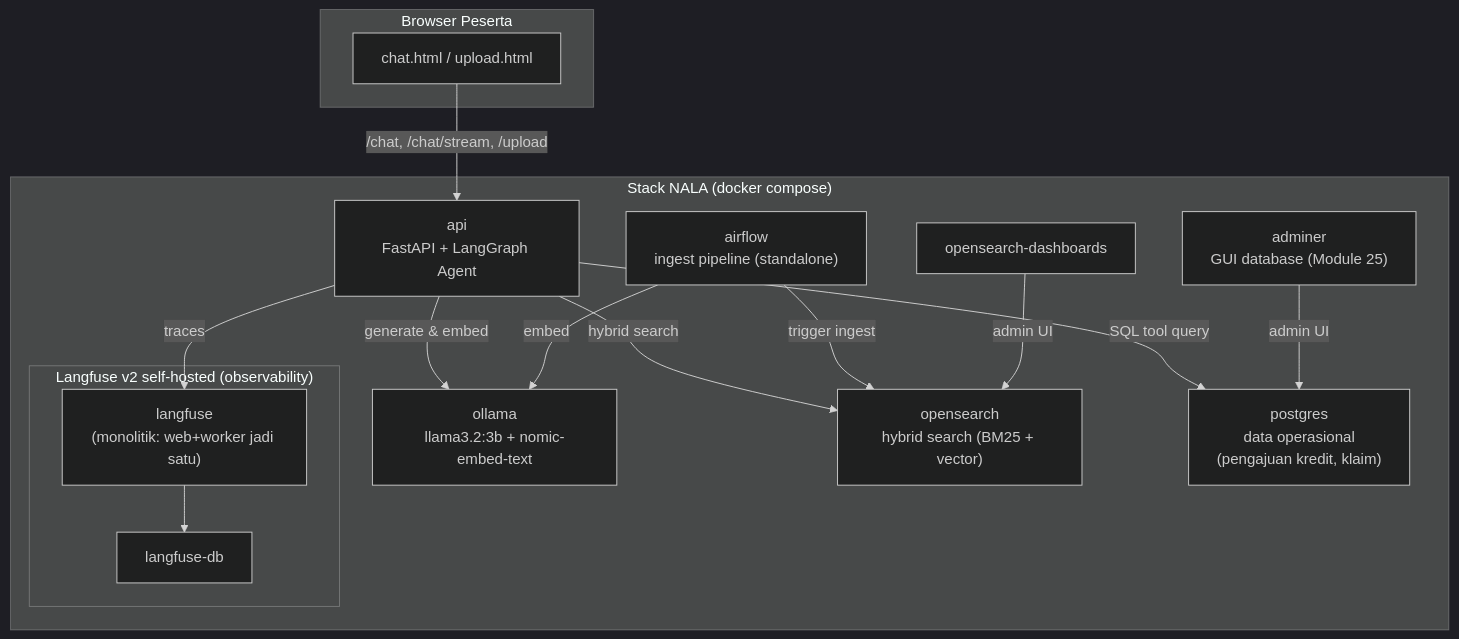
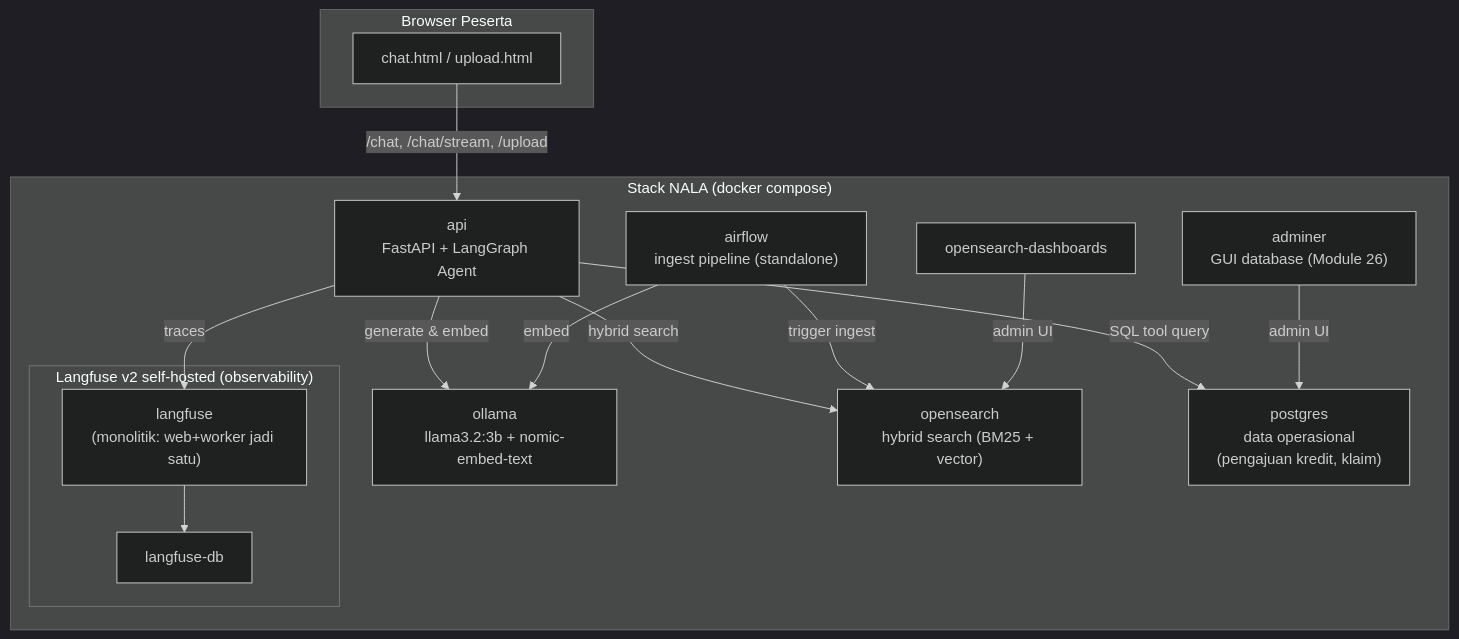
Before and after one commit to githubna-ilham/nala_ai: the second of 2 diagrams in Module-27-Full-Stack-Deployment/materi.md, drawn with Mermaid (dark theme). The commit also changed other lines of this file and 1 other file, not shown here.

Commit message:
Module 27-28 (dulu 26-27): perbaiki H1 title dan semua cross-reference nomor modul setelah pemisahan Module 12/13

````diff
--- a/Module-27-Full-Stack-Deployment/materi.md
+++ b/Module-27-Full-Stack-Deployment/materi.md
@@ -46,33 +46,33 @@
 ```mermaid
 flowchart TB
     subgraph Client["Browser Peserta"]
         UI["chat.html / upload.html"]
     end
 
     subgraph NALA["Stack NALA (docker compose)"]
         API["api<br/>FastAPI + LangGraph Agent"]
         Ollama["ollama<br/>llama3.2:3b + nomic-embed-text"]
         OS["opensearch<br/>hybrid search (BM25 + vector)"]
         OSD["opensearch-dashboards"]
         AF["airflow<br/>ingest pipeline (standalone)"]
         PG["postgres<br/>data operasional<br/>(pengajuan kredit, klaim)"]
 
-        Adminer["adminer<br/>GUI database (Module 25)"]
+        Adminer["adminer<br/>GUI database (Module 26)"]
 
         subgraph LF["Langfuse v2 self-hosted (observability)"]
             LFWeb["langfuse<br/>(monolitik: web+worker jadi satu)"]
             LFPG["langfuse-db"]
         end
     end
 
     UI -->|"/chat, /chat/stream, /upload"| API
     API -->|generate & embed| Ollama
     API -->|hybrid search| OS
     API -->|SQL tool query| PG
     API -->|traces| LFWeb
     AF -->|trigger ingest| OS
     AF -->|embed| Ollama
     OSD -->|admin UI| OS
     Adminer -->|admin UI| PG
     LFWeb --> LFPG
 ```
````
